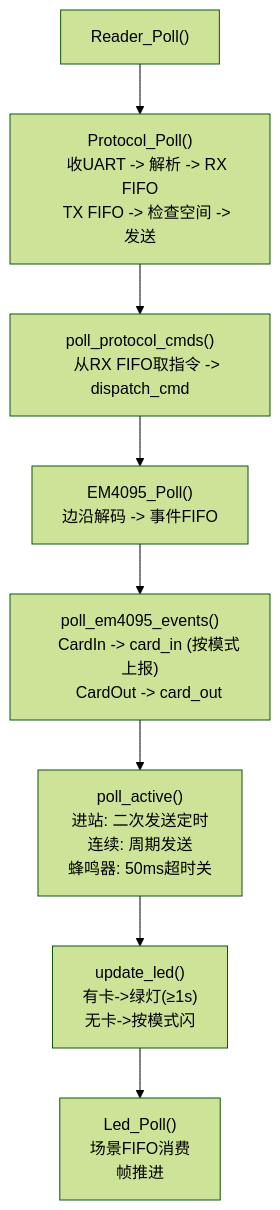
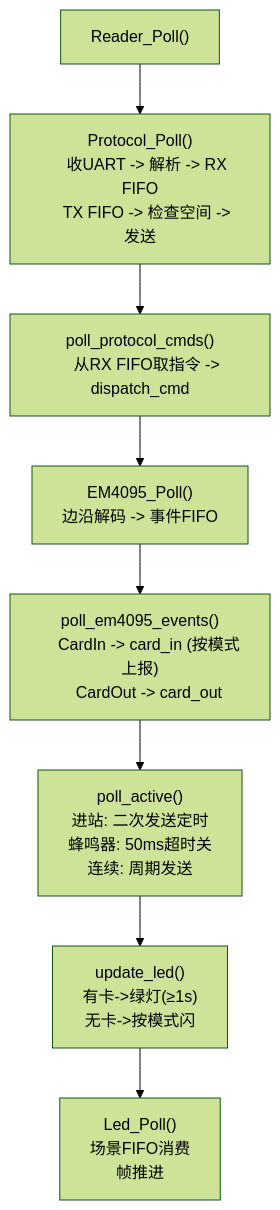
The eighth of 9 diagrams in 工作/[[SR3读卡器]]/260804SR3框架整理.md (Siaiai/ObsidianNote), drawn with Mermaid (forest theme) before and after one commit. The commit also changed other lines of this file, not shown here.

````diff
--- a/工作/[[SR3读卡器]]/260804SR3框架整理.md
+++ b/工作/[[SR3读卡器]]/260804SR3框架整理.md
@@ -390,39 +433,39 @@
 ```mermaid
 flowchart TB
     POLL["Reader_Poll()"]
 
     P1["Protocol_Poll()
     收UART -> 解析 -> RX FIFO
     TX FIFO -> 检查空间 -> 发送"]
 
     P2["poll_protocol_cmds()
     从RX FIFO取指令 -> dispatch_cmd"]
 
     P3["EM4095_Poll()
     边沿解码 -> 事件FIFO"]
 
     P4["poll_em4095_events()
     CardIn -> card_in (按模式上报)
     CardOut -> card_out"]
 
     P5["poll_active()
     进站: 二次发送定时
-    连续: 周期发送
-    蜂鸣器: 50ms超时关"]
+    蜂鸣器: 50ms超时关
+    连续: 周期发送"]
 
     P6["update_led()
     有卡->绿灯(≥1s)
     无卡->按模式闪"]
 
     P7["Led_Poll()
     场景FIFO消费
     帧推进"]
 
     POLL --> P1
     P1 --> P2
     P2 --> P3
     P3 --> P4
     P4 --> P5
     P5 --> P6
     P6 --> P7
 ```
````
